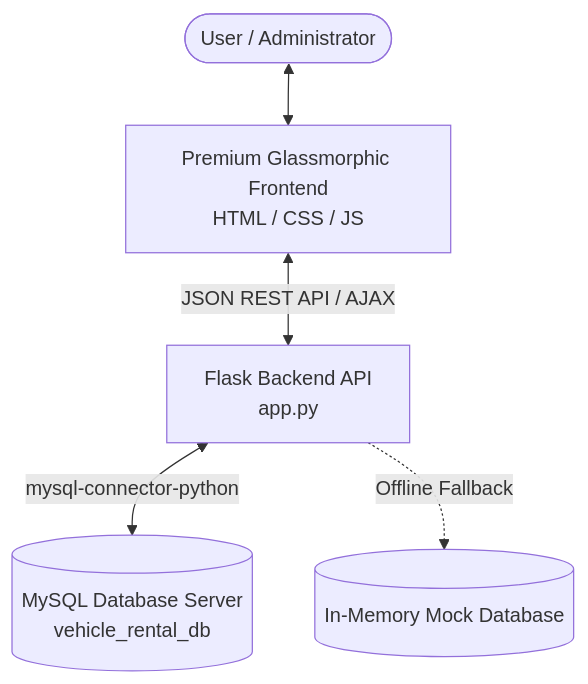
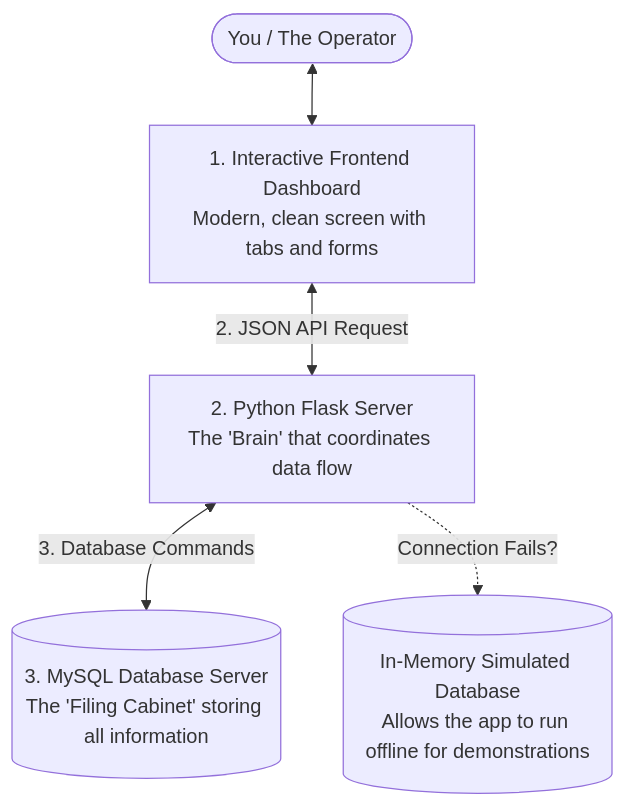
One commit to Rakshi0212/Vehicle-Rental-System changed the third of 6 diagrams in README.md. Above: the diagram before and after it, drawn with Mermaid. The commit also changed other lines of this file, not shown here.

````diff
--- a/README.md
+++ b/README.md
@@ -11,7 +61,8 @@
 ```mermaid
 graph TD
-    User([User / Administrator]) <--> UI[Premium Glassmorphic Frontend<br>HTML / CSS / JS]
-    UI <-->|JSON REST API / AJAX| API[Flask Backend API<br>app.py]
-    API <-->|mysql-connector-python| DB[(MySQL Database Server<br>vehicle_rental_db)]
-    API -.->|Offline Fallback| MockDB[(In-Memory Mock Database)]
+    User([You / The Operator]) <--> UI[1. Interactive Frontend Dashboard<br>Modern, clean screen with tabs and forms]
+    UI <-->|2. JSON API Request| Server[2. Python Flask Server<br>The 'Brain' that coordinates data flow]
+    Server <-->|3. Database Commands| DB[(3. MySQL Database Server<br>The 'Filing Cabinet' storing all information)]
+    
+    Server -.->|Connection Fails?| MockDB[(In-Memory Simulated Database<br>Allows the app to run offline for demonstrations)]
 ```
````
